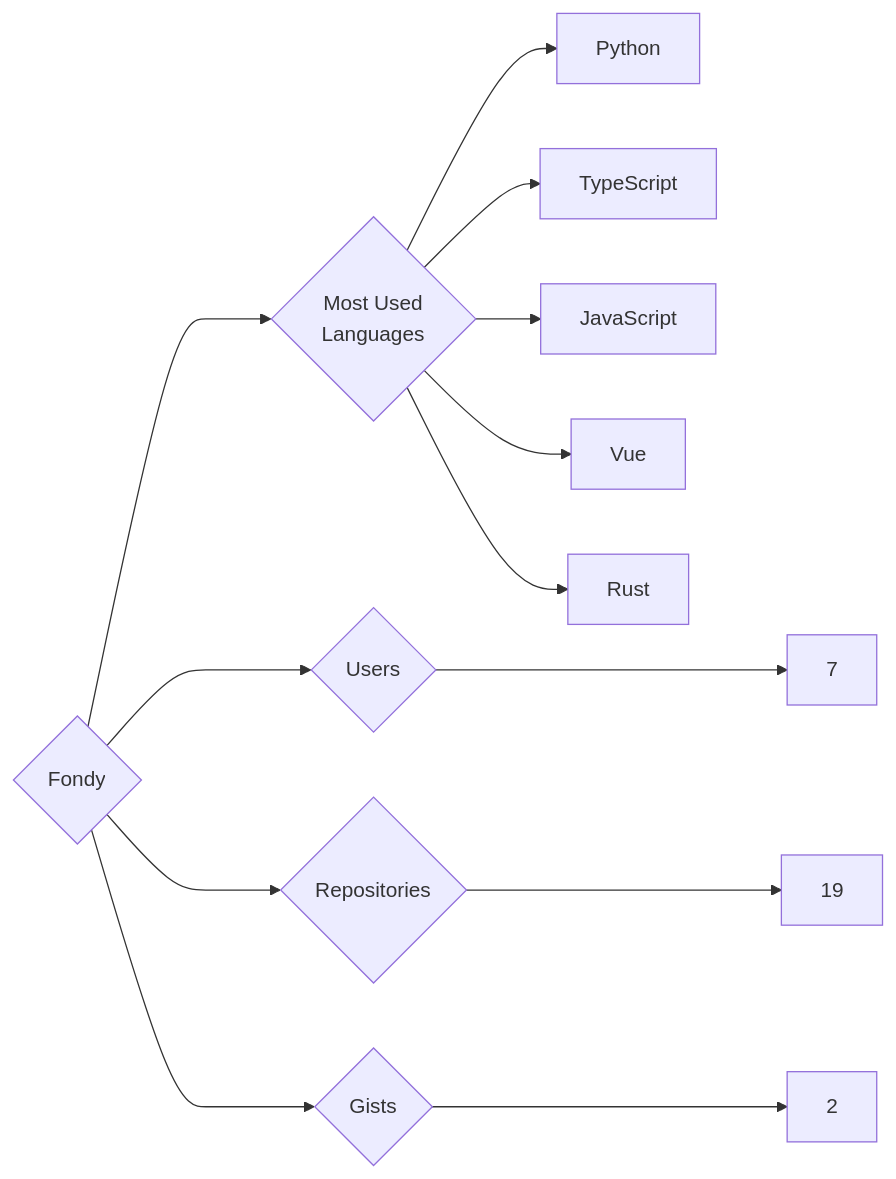
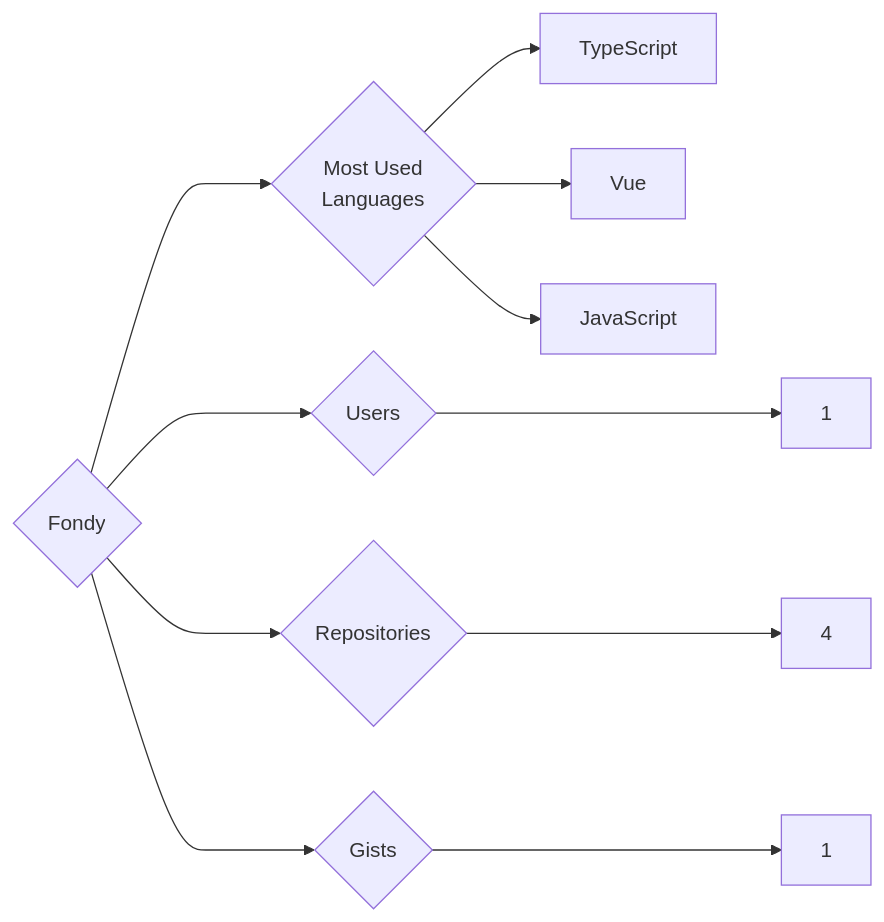
The diagram in targets/Fondy/README.md (trickest/insiders), drawn with Mermaid before and after one commit. The commit also changed 998 other files, not shown here.

````diff
--- a/targets/Fondy/README.md
+++ b/targets/Fondy/README.md
@@ -3,13 +3,11 @@
 ```mermaid
 graph LR
 COMPANY_NAME{Fondy}
-COMPANY_NAME ---> U{Users} ---> UN[7]
-COMPANY_NAME ---> R{Repositories} ---> RN[19]
-COMPANY_NAME ---> G{Gists} ---> GN[2]
+COMPANY_NAME ---> U{Users} ---> UN[1]
+COMPANY_NAME ---> R{Repositories} ---> RN[4]
+COMPANY_NAME ---> G{Gists} ---> GN[1]
 COMPANY_NAME ---> ML{Most Used<br>Languages}
-ML --> Python[Python]
 ML --> TypeScript[TypeScript]
+ML --> Vue[Vue]
 ML --> JavaScript[JavaScript]
-ML --> Vue[Vue]
-ML --> Rust[Rust]
 ```
````
